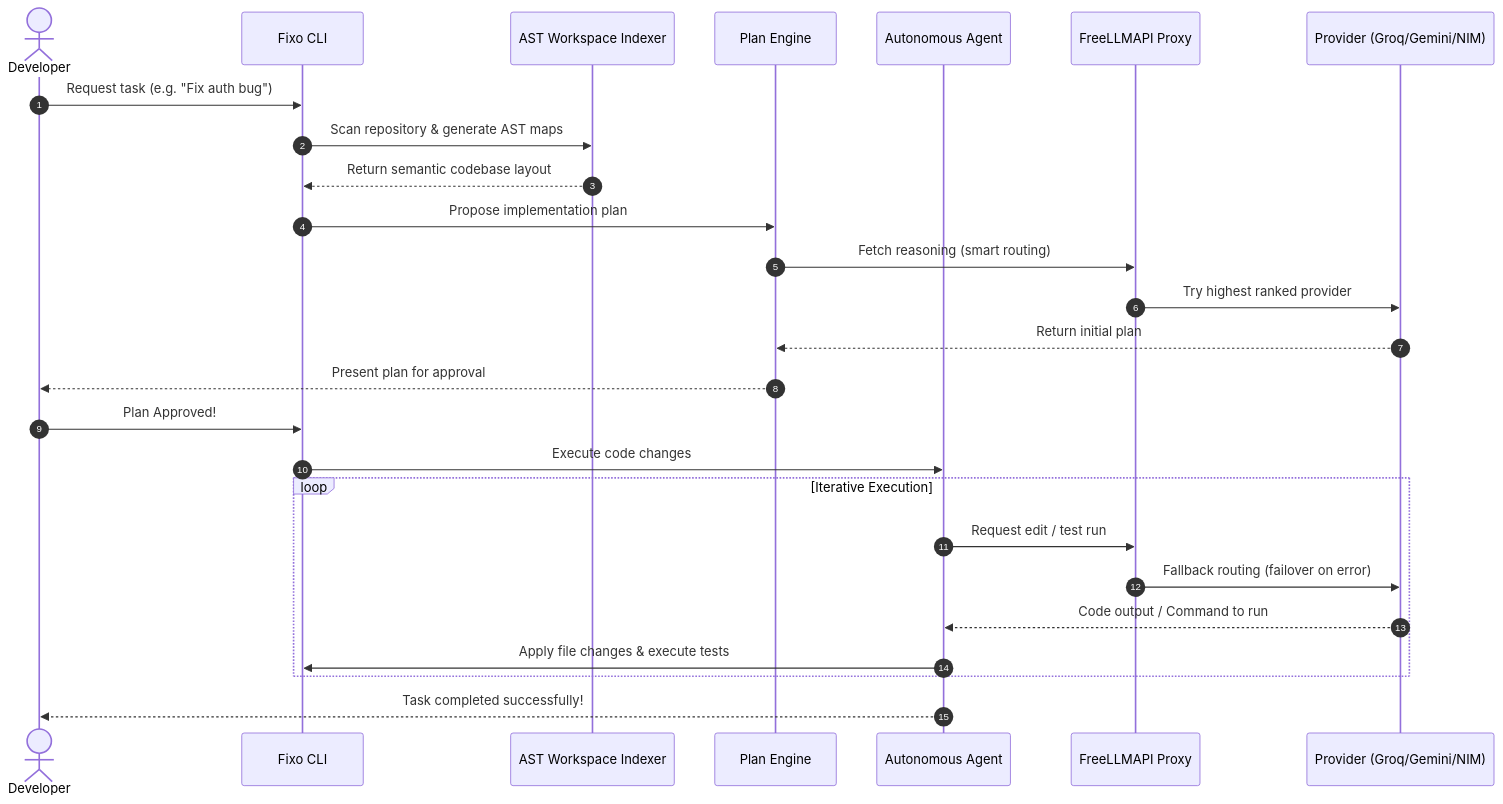
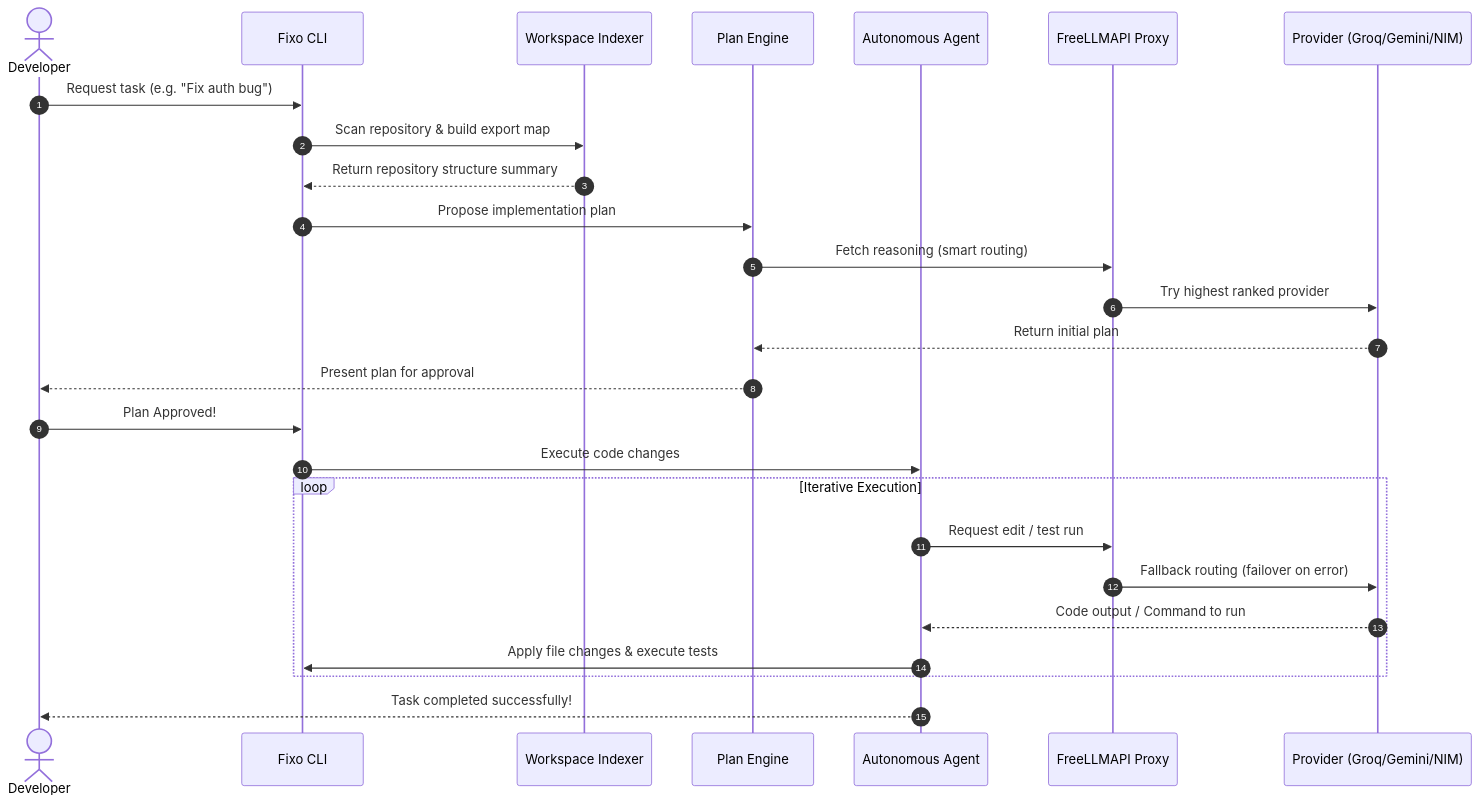
Before and after one commit to Abrar-Akhunji/FIXO_CLI: the diagram in README.md, drawn with Mermaid. The commit also changed other lines of this file and 9 other files, not shown here.

````diff
--- a/README.md
+++ b/README.md
@@ -34,29 +36,29 @@
 ```mermaid
 sequenceDiagram
     autonumber
     actor User as Developer
     participant CLI as Fixo CLI
-    participant Indexer as AST Workspace Indexer
+    participant Indexer as Workspace Indexer
     participant Planner as Plan Engine
     participant Agent as Autonomous Agent
     participant Proxy as FreeLLMAPI Proxy
     participant LLM as Provider (Groq/Gemini/NIM)
 
     User->>CLI: Request task (e.g. "Fix auth bug")
-    CLI->>Indexer: Scan repository & generate AST maps
-    Indexer-->>CLI: Return semantic codebase layout
+    CLI->>Indexer: Scan repository & build export map
+    Indexer-->>CLI: Return repository structure summary
     CLI->>Planner: Propose implementation plan
     Planner->>Proxy: Fetch reasoning (smart routing)
     Proxy->>LLM: Try highest ranked provider
     LLM-->>Planner: Return initial plan
     Planner-->>User: Present plan for approval
     User->>CLI: Plan Approved!
     CLI->>Agent: Execute code changes
     loop Iterative Execution
         Agent->>Proxy: Request edit / test run
         Proxy->>LLM: Fallback routing (failover on error)
         LLM-->>Agent: Code output / Command to run
         Agent->>CLI: Apply file changes & execute tests
     end
     Agent-->>User: Task completed successfully!
 ```
````
